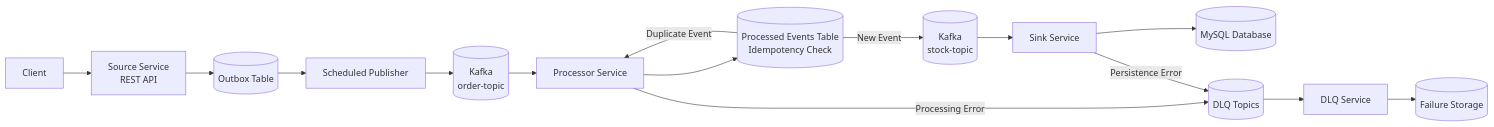
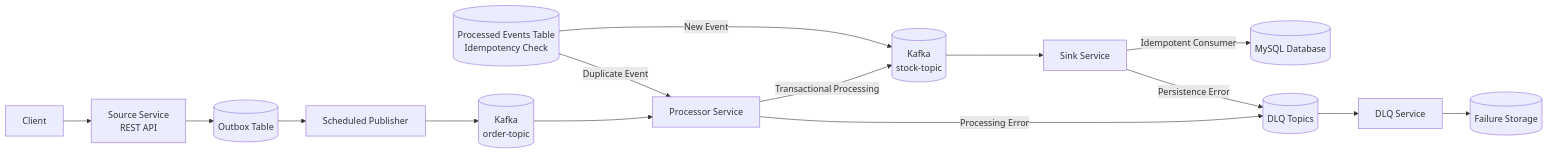
One commit to simonemene/event-driven changed the first of 2 diagrams in README.md. Above: the diagram before and after it, drawn with Mermaid. The commit also changed other lines of this file, not shown here.

````diff
--- a/README.md
+++ b/README.md
@@ -51,44 +52,44 @@
 ```mermaid
 flowchart LR
 
 Client[Client]
 
 Source[Source Service<br>REST API]
 Outbox[(Outbox Table)]
 Publisher[Scheduled Publisher]
 
 Kafka1[(Kafka<br>order-topic)]
 
 Processor[Processor Service]
 Idempotency[(Processed Events Table<br>Idempotency Check)]
 
 Kafka2[(Kafka<br>stock-topic)]
 
 Sink[Sink Service]
 DB[(MySQL Database)]
 
 DLQTopic[(DLQ Topics)]
 DLQService[DLQ Service]
 DLQStore[(Failure Storage)]
 
 Client --> Source
 Source --> Outbox
 Outbox --> Publisher
 Publisher --> Kafka1
 
 Kafka1 --> Processor
 
-Processor --> Idempotency
+Processor -->|Transactional Processing| Kafka2
 
 Idempotency -->|Duplicate Event| Processor
 Idempotency -->|New Event| Kafka2
 
 Kafka2 --> Sink
-Sink --> DB
+Sink -->|Idempotent Consumer| DB
 
 Processor -->|Processing Error| DLQTopic
 Sink -->|Persistence Error| DLQTopic
 
 DLQTopic --> DLQService
 DLQService --> DLQStore
 ```
````
